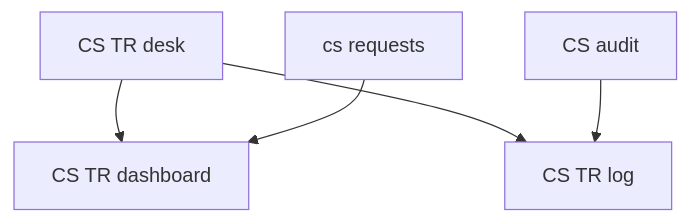
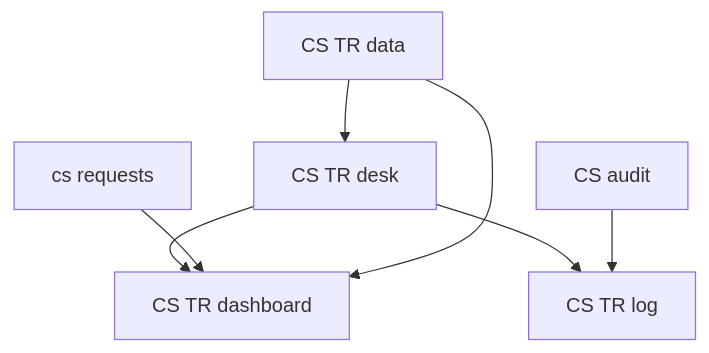
Before and after one commit to hxyan2020/PRD: diagram 13 of 14 in platform/docs/USER_GUIDE.md, drawn with Mermaid. The commit also changed other lines of this file and 48 other files, not shown here.

````diff
--- a/platform/docs/USER_GUIDE.md
+++ b/platform/docs/USER_GUIDE.md
@@ -690,7 +691,9 @@
 ```mermaid
 graph TD
   Desk[CS TR desk] --> Dash[CS TR dashboard]
   Desk --> Log[CS TR log]
   Audit[CS audit] --> Log
   Tickets[cs requests] --> Dash
+  Data[CS TR data] --> Desk
+  Data --> Dash
 ```
````
